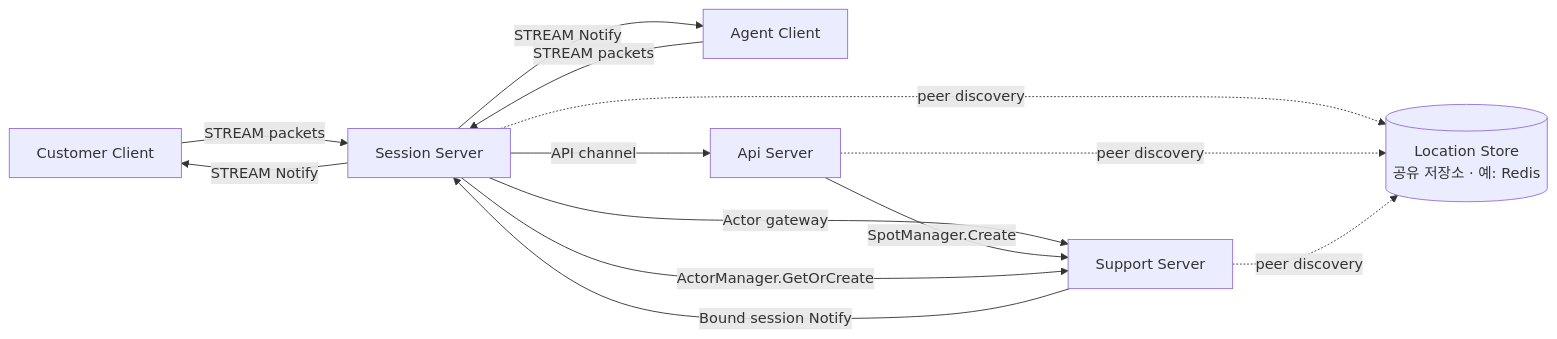
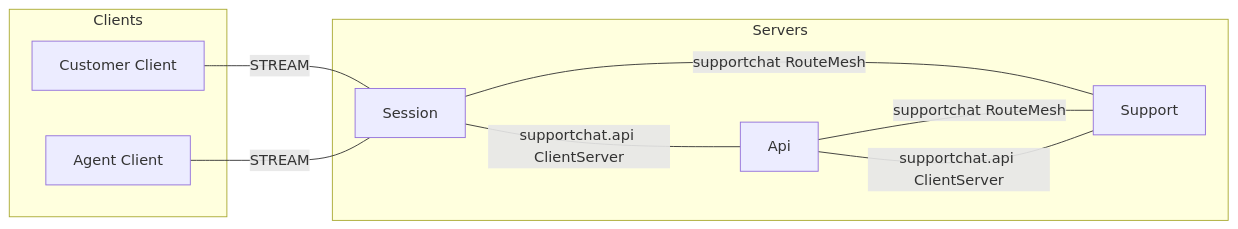
Before and after one commit to kairos-code-dev/zlink: the first of 4 diagrams in framework/doc/framework/common/sample/supportchat/README.ko.md, drawn with Mermaid. The commit also changed other lines of this file and 39 other files, not shown here.

````diff
--- a/framework/doc/framework/common/sample/supportchat/README.ko.md
+++ b/framework/doc/framework/common/sample/supportchat/README.ko.md
@@ -54,22 +69,18 @@
 ```mermaid
-graph LR
-    C[Customer Client]
-    A[Agent Client]
-    S[Session Server]
-    API[Api Server]
-    SUP[Support Server]
-    LS[("Location Store<br/>공유 저장소 · 예: Redis")]
-
-    C -->|STREAM packets| S
-    A -->|STREAM packets| S
-    S -->|API channel| API
-    S -->|Actor gateway| SUP
-    API -->|SpotManager.Create| SUP
-    S -->|ActorManager.GetOrCreate| SUP
-    SUP -->|Bound session Notify| S
-    S -->|STREAM Notify| C
-    S -->|STREAM Notify| A
-    S -. peer discovery .-> LS
-    API -. peer discovery .-> LS
-    SUP -. peer discovery .-> LS
+flowchart LR
+    subgraph Clients[Clients]
+        C[Customer Client]
+        A[Agent Client]
+    end
+    subgraph Servers[Servers]
+        S[Session]
+        API[Api]
+        SUP[Support]
+    end
+    C ---|STREAM| S
+    A ---|STREAM| S
+    S ---|supportchat.api ClientServer| API
+    SUP ---|supportchat.api ClientServer| API
+    S ---|supportchat RouteMesh| SUP
+    API ---|supportchat RouteMesh| SUP
 ```
````
